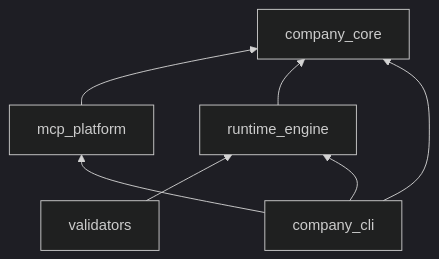
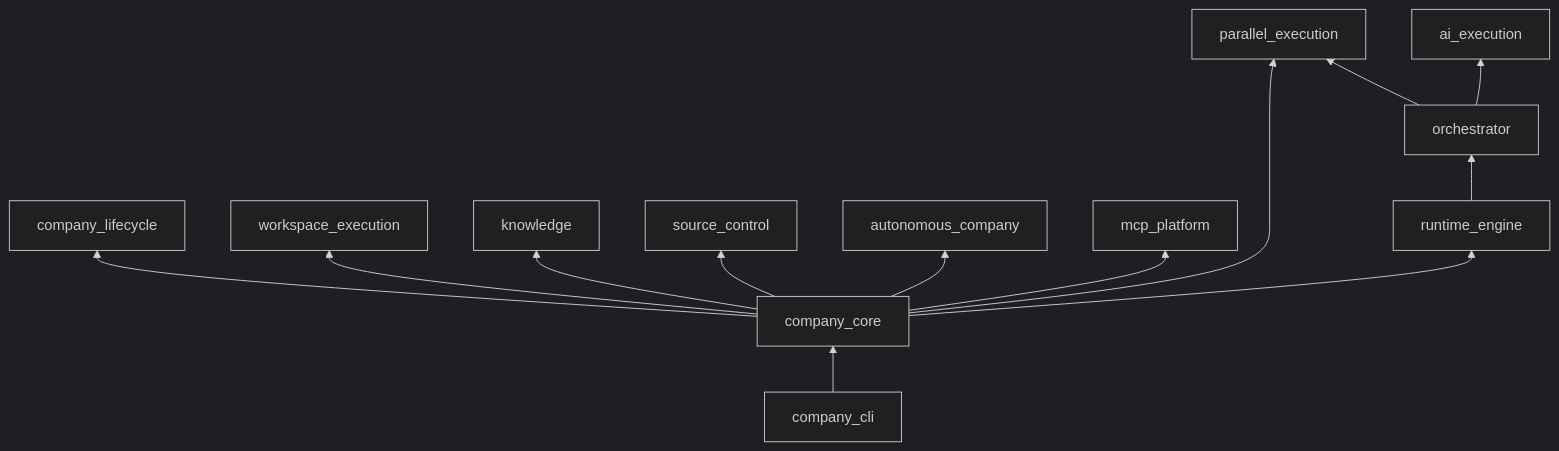
The diagram in docs/framework/dependency-map.md (anuuragbhardwaj/EngineeringOS), drawn with Mermaid (dark theme) before and after one commit. The commit also changed other lines of this file and 36 other files, not shown here.

````diff
--- a/docs/framework/dependency-map.md
+++ b/docs/framework/dependency-map.md
@@ -58,15 +63,28 @@
 ```mermaid
 flowchart BT
     CC[company_core]
+    CL[company_lifecycle]
+    WE[workspace_execution]
+    KN[knowledge]
+    SC[source_control]
+    PE[parallel_execution]
+    AC[autonomous_company]
     MP[mcp_platform]
-    VAL[validators]
     RT[runtime_engine]
+    OR[orchestrator]
+    AI[ai_execution]
     CLI[company_cli]
 
-    MP --> CC
-    VAL --> RT
-    RT --> CC
     CLI --> CC
-    CLI --> MP
-    CLI --> RT
+    CC --> CL
+    CC --> WE
+    CC --> KN
+    CC --> SC
+    CC --> PE
+    CC --> AC
+    CC --> MP
+    CC --> RT
+    RT --> OR
+    OR --> AI
+    OR --> PE
 ```
````
